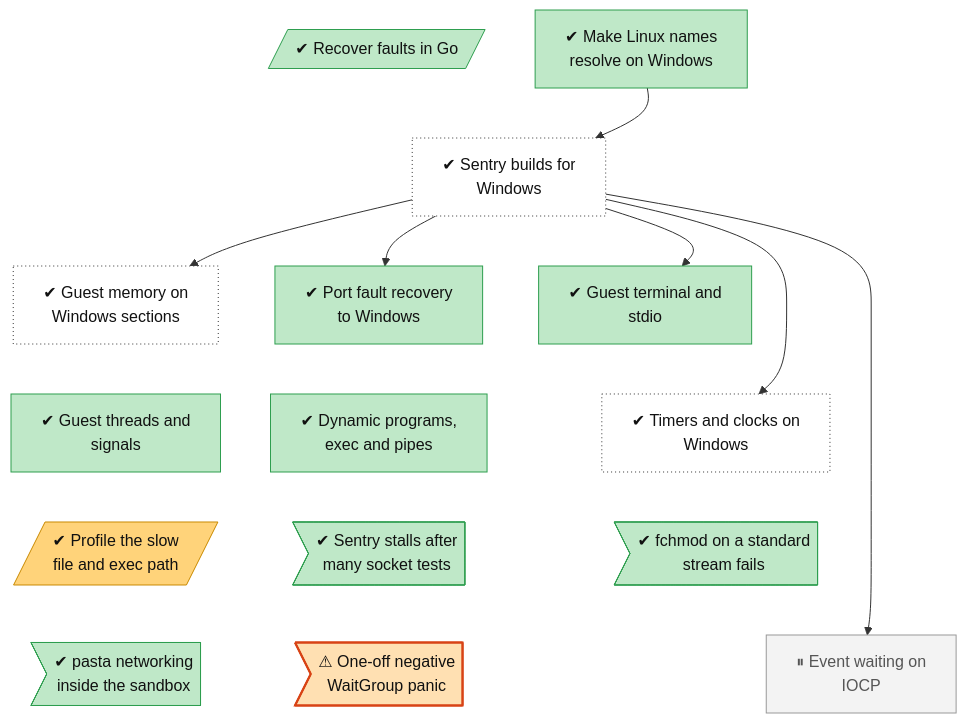
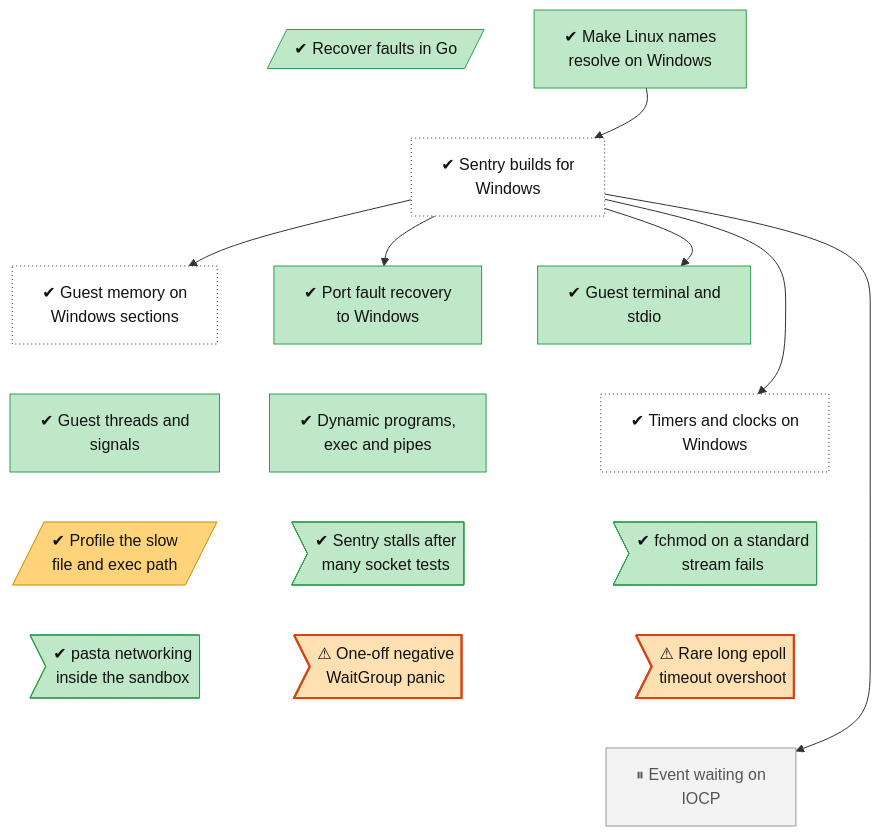
Before and after one commit to lhns/gvisor-windows: the diagram in docs/roadmap/tracks/sentry.md, drawn with Mermaid. The commit also changed other lines of this file and 4 other files, not shown here.

Commit message:
Tree: epoll overshoot defect, Podman on the VM as an owner call

````diff
--- a/docs/roadmap/tracks/sentry.md
+++ b/docs/roadmap/tracks/sentry.md
@@ -10,57 +10,61 @@
 ```mermaid
 flowchart TB
     sentry_go_fault_recovery[/"✔ Recover faults in Go"/]
     sentry_unix_shim["✔ Make Linux names<br/>resolve on Windows"]
     sentry_windows_build["✔ Sentry builds for<br/>Windows"]
     sentry_memory_file_sections["✔ Guest memory on<br/>Windows sections"]
     sentry_fault_recovery["✔ Port fault recovery<br/>to Windows"]
     sentry_host_stdio_and_tty["✔ Guest terminal and<br/>stdio"]
     sentry_threads_and_signals["✔ Guest threads and<br/>signals"]
     sentry_dynamic_elf_and_exec["✔ Dynamic programs,<br/>exec and pipes"]
     sentry_timers_and_clocks["✔ Timers and clocks on<br/>Windows"]
     sentry_profile_small_file_path[/"✔ Profile the slow<br/>file and exec path"/]
     sentry_netpoll_failure>"✔ Sentry stalls after<br/>many socket tests"]
     sentry_fchmod_std_stream>"✔ fchmod on a standard<br/>stream fails"]
     sentry_pasta_in_sandbox>"✔ pasta networking<br/>inside the sandbox"]
     sentry_waitgroup_panic>"⚠ One-off negative<br/>WaitGroup panic"]
+    sentry_epoll_timeout_overshoot>"⚠ Rare long epoll<br/>timeout overshoot"]
     sentry_event_loop_iocp["⏸ Event waiting on<br/>IOCP"]
     sentry_go_fault_recovery ~~~ sentry_windows_build
     sentry_unix_shim ~~~ sentry_windows_build
     sentry_windows_build ~~~ sentry_memory_file_sections
     sentry_windows_build ~~~ sentry_fault_recovery
     sentry_windows_build ~~~ sentry_host_stdio_and_tty
     sentry_memory_file_sections ~~~ sentry_threads_and_signals
     sentry_fault_recovery ~~~ sentry_dynamic_elf_and_exec
     sentry_host_stdio_and_tty ~~~ sentry_timers_and_clocks
     sentry_threads_and_signals ~~~ sentry_profile_small_file_path
     sentry_dynamic_elf_and_exec ~~~ sentry_netpoll_failure
     sentry_timers_and_clocks ~~~ sentry_fchmod_std_stream
     sentry_profile_small_file_path ~~~ sentry_pasta_in_sandbox
     sentry_netpoll_failure ~~~ sentry_waitgroup_panic
-    sentry_fchmod_std_stream ~~~ sentry_event_loop_iocp
+    sentry_fchmod_std_stream ~~~ sentry_epoll_timeout_overshoot
+    sentry_pasta_in_sandbox ~~~ sentry_event_loop_iocp
+    sentry_waitgroup_panic ~~~ sentry_event_loop_iocp
+    sentry_epoll_timeout_overshoot ~~~ sentry_event_loop_iocp
     sentry_unix_shim --> sentry_windows_build
     sentry_windows_build --> sentry_memory_file_sections
     sentry_windows_build --> sentry_fault_recovery
     sentry_windows_build --> sentry_host_stdio_and_tty
     sentry_windows_build --> sentry_timers_and_clocks
     sentry_windows_build --> sentry_event_loop_iocp
     classDef vsucc fill:#2e9e4f,stroke:#1b6b34,color:#fff
     classDef succ fill:#bfe8c8,stroke:#2e9e4f,color:#111
     classDef mixed fill:#ffd37a,stroke:#c98a00,color:#111
     classDef bad fill:#f28b82,stroke:#b3261e,color:#111
     classDef dead fill:#e6e6e6,stroke:#777,stroke-dasharray:5 5,color:#555
     classDef inprog fill:#a8cdf5,stroke:#1f6fc5,color:#111
     classDef next fill:#fff,stroke:#333,color:#111
     classDef blocked fill:#fff,stroke:#b3261e,stroke-dasharray:2 2,color:#111
     classDef parked fill:#f3f3f3,stroke:#999,color:#555
     classDef unrated fill:#fff,stroke:#333,stroke-dasharray:1 3,color:#111
     classDef gate fill:#d9c2f0,stroke:#7b3fb5,color:#111
     classDef decided fill:#ece0f7,stroke:#7b3fb5,stroke-dasharray:2 2,color:#111
     classDef finding fill:#ffe0b2,stroke:#d84315,stroke-width:2px,color:#111
     classDef waiting fill:#e3f2fd,stroke:#1f6fc5,stroke-dasharray:5 5,color:#111
     class sentry_go_fault_recovery,sentry_unix_shim,sentry_fault_recovery,sentry_host_stdio_and_tty,sentry_threads_and_signals,sentry_dynamic_elf_and_exec,sentry_netpoll_failure,sentry_fchmod_std_stream,sentry_pasta_in_sandbox succ
     class sentry_windows_build,sentry_memory_file_sections,sentry_timers_and_clocks unrated
     class sentry_profile_small_file_path mixed
-    class sentry_waitgroup_panic finding
+    class sentry_waitgroup_panic,sentry_epoll_timeout_overshoot finding
     class sentry_event_loop_iocp parked
 ```
````
